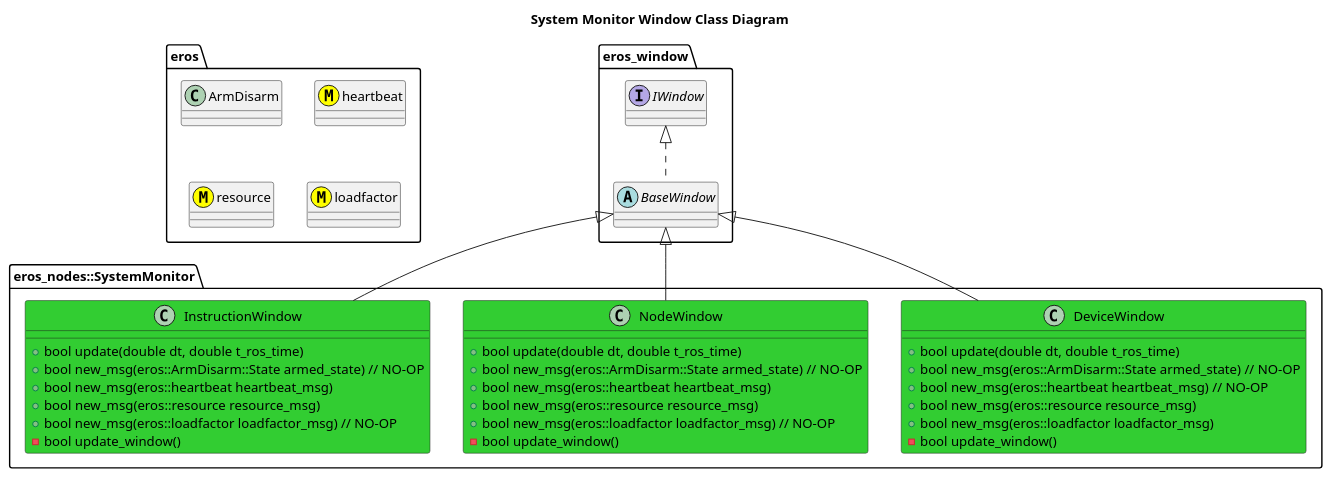
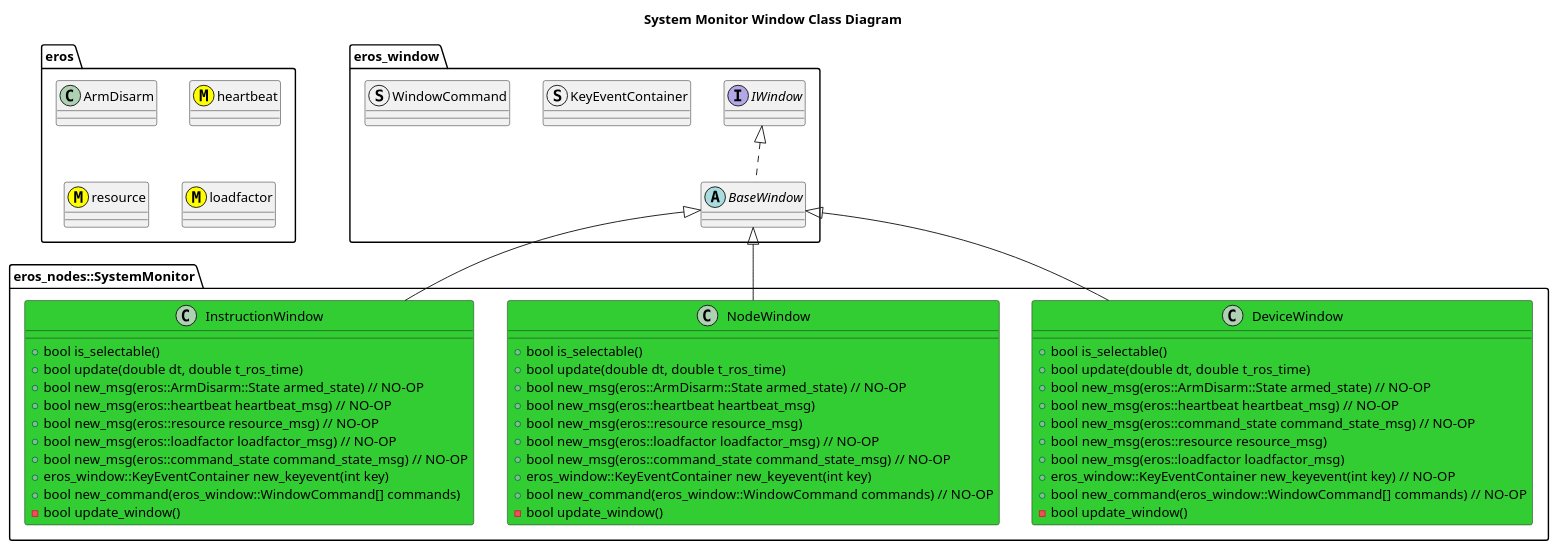
Before and after one commit to fastrobotics/eros: the diagram in nodes/SystemMonitor/doc/SystemMonitorWindowClassDiagram.puml, drawn with PlantUML. The commit also changed 5 other files, not shown here.

```diff
--- a/nodes/SystemMonitor/doc/SystemMonitorWindowClassDiagram.puml
+++ b/nodes/SystemMonitor/doc/SystemMonitorWindowClassDiagram.puml
@@ -1,46 +1,60 @@
 @startuml
 title System Monitor Window Class Diagram
 package eros {
     class ArmDisarm
     class heartbeat <<(M,#FFFF00)>>
     class resource <<(M,#FFFF00)>>
     class loadfactor <<(M,#FFFF00)>>
 }
 package eros_window {
     interface IWindow
     abstract BaseWindow
     IWindow <|.. BaseWindow
+    struct KeyEventContainer
+    struct WindowCommand
 }
 package eros_nodes::SystemMonitor {
     class DeviceWindow #LimeGreen {
+        +bool is_selectable()
         +bool update(double dt, double t_ros_time)
         +bool new_msg(eros::ArmDisarm::State armed_state) // NO-OP
         +bool new_msg(eros::heartbeat heartbeat_msg) // NO-OP
+        +bool new_msg(eros::command_state command_state_msg) // NO-OP
         +bool new_msg(eros::resource resource_msg)
         +bool new_msg(eros::loadfactor loadfactor_msg)
+        +eros_window::KeyEventContainer new_keyevent(int key) // NO-OP
+        +bool new_command(eros_window::WindowCommand[] commands) // NO-OP
         -bool update_window()
 
     }
     BaseWindow <|-- DeviceWindow
     class NodeWindow #LimeGreen {
+        +bool is_selectable()
         +bool update(double dt, double t_ros_time)
         +bool new_msg(eros::ArmDisarm::State armed_state) // NO-OP
         +bool new_msg(eros::heartbeat heartbeat_msg)
         +bool new_msg(eros::resource resource_msg)
         +bool new_msg(eros::loadfactor loadfactor_msg) // NO-OP
+        +bool new_msg(eros::command_state command_state_msg) // NO-OP
+        +eros_window::KeyEventContainer new_keyevent(int key)
+        +bool new_command(eros_window::WindowCommand commands) // NO-OP
         -bool update_window()
         
     }
     BaseWindow <|-- NodeWindow
     class InstructionWindow #LimeGreen {
+        +bool is_selectable()
         +bool update(double dt, double t_ros_time)
         +bool new_msg(eros::ArmDisarm::State armed_state) // NO-OP
-        +bool new_msg(eros::heartbeat heartbeat_msg)
-        +bool new_msg(eros::resource resource_msg)
+        +bool new_msg(eros::heartbeat heartbeat_msg) // NO-OP
+        +bool new_msg(eros::resource resource_msg) // NO-OP
         +bool new_msg(eros::loadfactor loadfactor_msg) // NO-OP
+        +bool new_msg(eros::command_state command_state_msg) // NO-OP
+        +eros_window::KeyEventContainer new_keyevent(int key)
+        +bool new_command(eros_window::WindowCommand[] commands)
         -bool update_window()
         
     }
     BaseWindow <|-- InstructionWindow
 }
 @enduml
```
